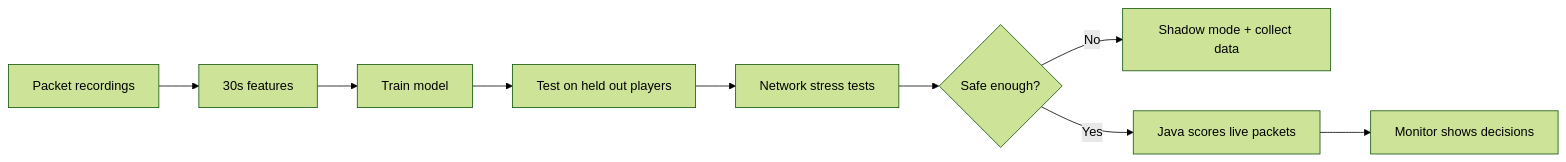
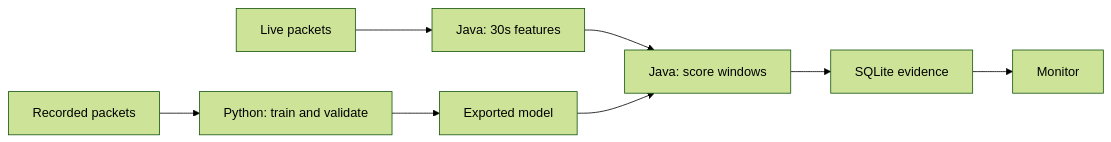
One commit to f0xfac3/anticheat changed the diagram in README.md. Above: the diagram before and after it, drawn with Mermaid (forest theme). The commit also changed other lines of this file and 1 other file, not shown here.

Commit message:
Explain the packet studies, ML results and validation limits

````diff
--- a/README.md
+++ b/README.md
@@ -11,11 +30,10 @@
 ```mermaid
 flowchart LR
-    A[Packet recordings] --> B[30s features]
-    B --> C[Train model]
-    C --> D[Test on held out players]
-    D --> E[Network stress tests]
-    E --> F{Safe enough?}
-    F -->|No| G[Shadow mode + collect data]
-    F -->|Yes| H[Java scores live packets]
-    H --> I[Monitor shows decisions]
+    R[Recorded packets] --> T[Python: train and validate]
+    T --> M[Exported model]
+    P[Live packets] --> W[Java: 30s features]
+    W --> S[Java: score windows]
+    M --> S
+    S --> D[SQLite evidence]
+    D --> U[Monitor]
 ```
````
